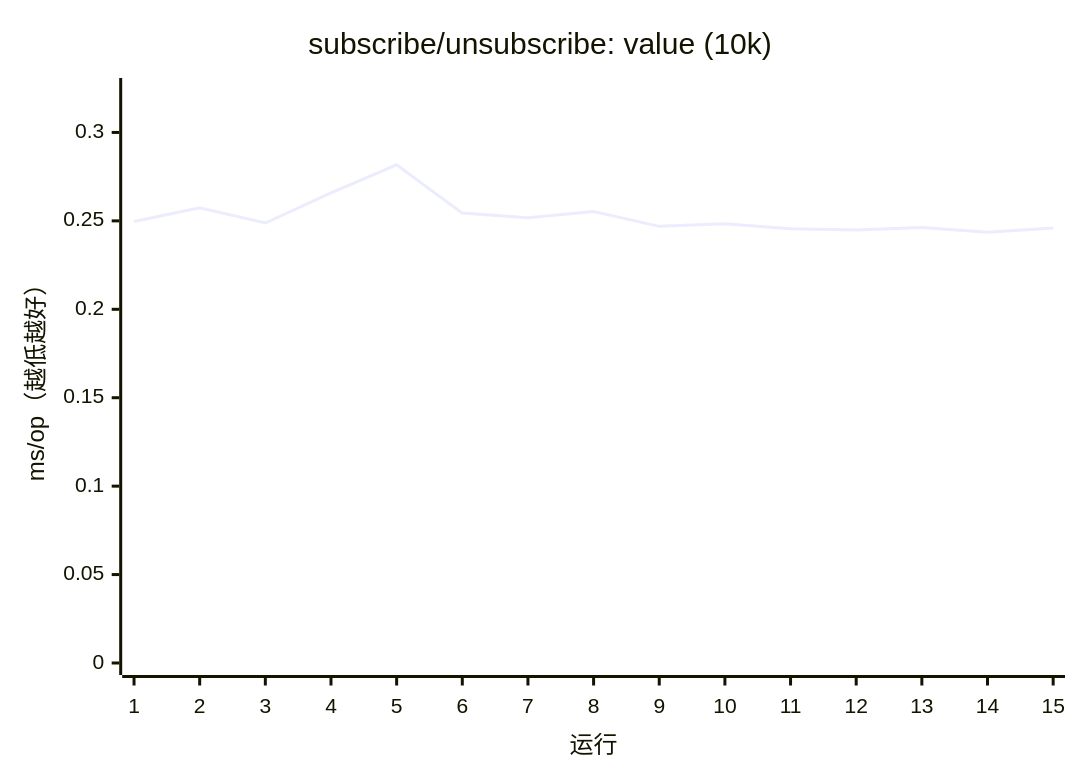
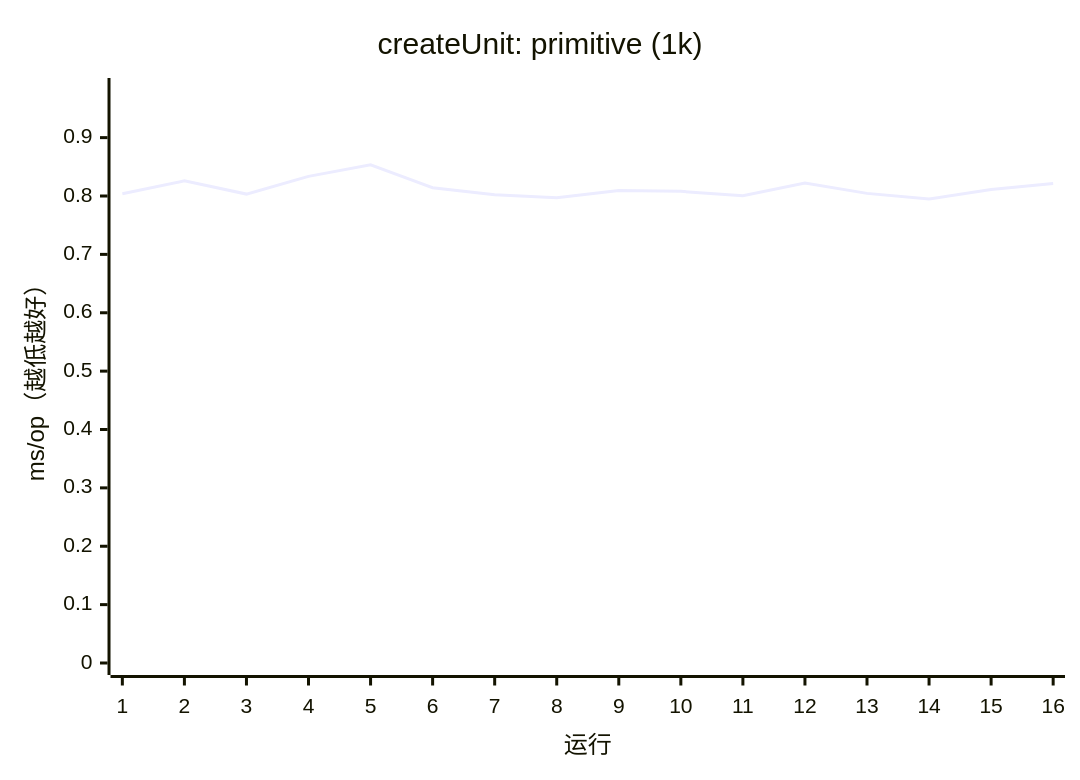
One commit to AIluffy/io changed diagram 15 of 17 in apps/docs/src/content/docs/guides/benchmark.mdx. Above: the diagram before and after it, drawn with Mermaid. The commit also changed other lines of this file and 25 other files, not shown here.

````diff
--- a/apps/docs/src/content/docs/guides/benchmark.mdx
+++ b/apps/docs/src/content/docs/guides/benchmark.mdx
@@ -385,7 +390,7 @@
 ```mermaid
 xychart-beta
-  title "subscribe/unsubscribe: value (10k)"
-  x-axis "运行" [1, 2, 3, 4, 5, 6, 7, 8, 9, 10, 11, 12, 13, 14, 15]
-  y-axis "ms/op（越低越好）" 0 --> 0.324
-  line [0.2496, 0.2574, 0.2488, 0.2658, 0.2817, 0.2544, 0.2517, 0.2553, 0.2469, 0.2484, 0.2455, 0.2448, 0.2463, 0.2435, 0.246]
+  title "createUnit: primitive (1k)"
+  x-axis "运行" [1, 2, 3, 4, 5, 6, 7, 8, 9, 10, 11, 12, 13, 14, 15, 16]
+  y-axis "ms/op（越低越好）" 0 --> 0.9816
+  line [0.804, 0.8259, 0.8033, 0.8336, 0.8536, 0.8141, 0.8023, 0.7971, 0.8093, 0.808, 0.8005, 0.8222, 0.8045, 0.7948, 0.8111, 0.8216]
 ```
````
